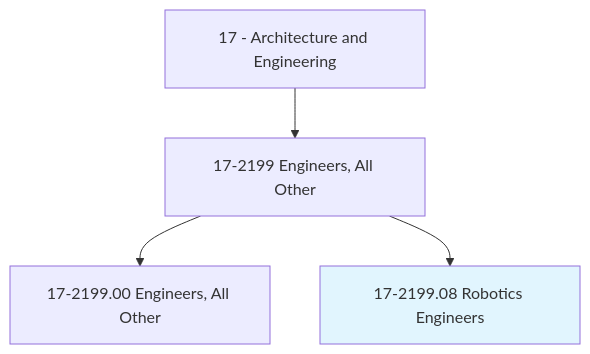
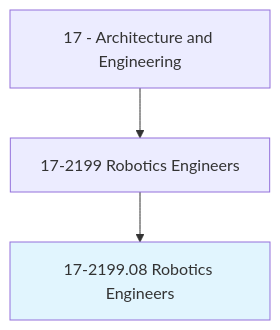
Before and after one commit to kziemski/business.org.ai: the first of 4 diagrams in occupations/Architecture/RoboticsEngineers.mdx, drawn with Mermaid. The commit also changed other lines of this file and 938 other files, not shown here.

````diff
--- a/occupations/Architecture/RoboticsEngineers.mdx
+++ b/occupations/Architecture/RoboticsEngineers.mdx
@@ -19,7 +23,6 @@
 ```mermaid
 graph TD
-    Cat17["17 - Architecture and Engineering"] --> Group172199["17-2199 Engineers, All Other"]
-    Group172199 --> Base["17-2199.00 Engineers, All Other"]
+    Cat17["17 - Architecture and Engineering"] --> Group172199["17-2199 Robotics Engineers"]
     Group172199 --> Current["17-2199.08 Robotics Engineers"]
     style Current fill:#e1f5fe
 ```
````
